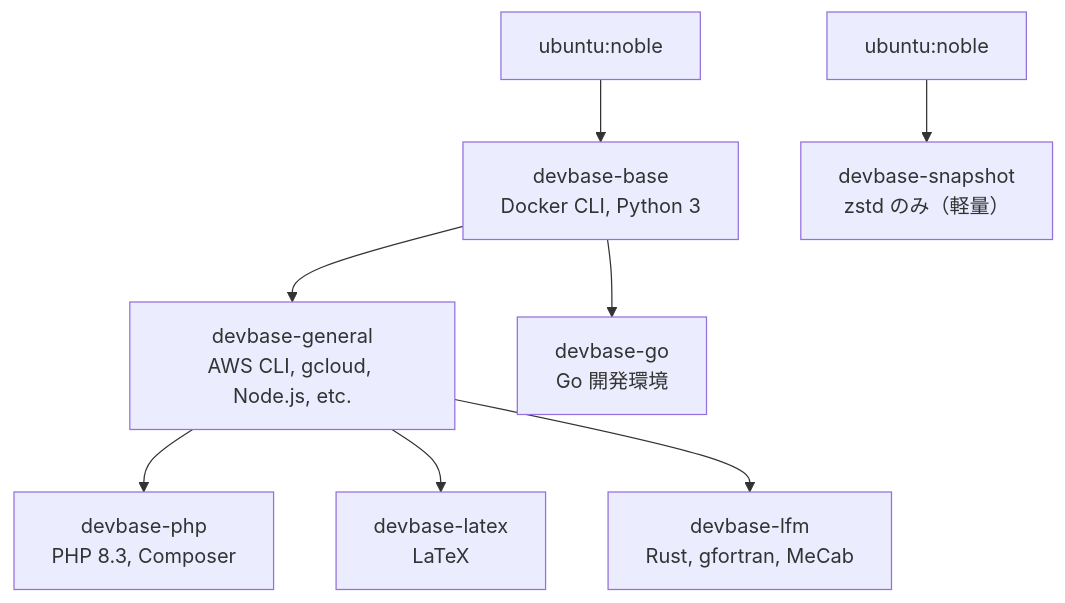
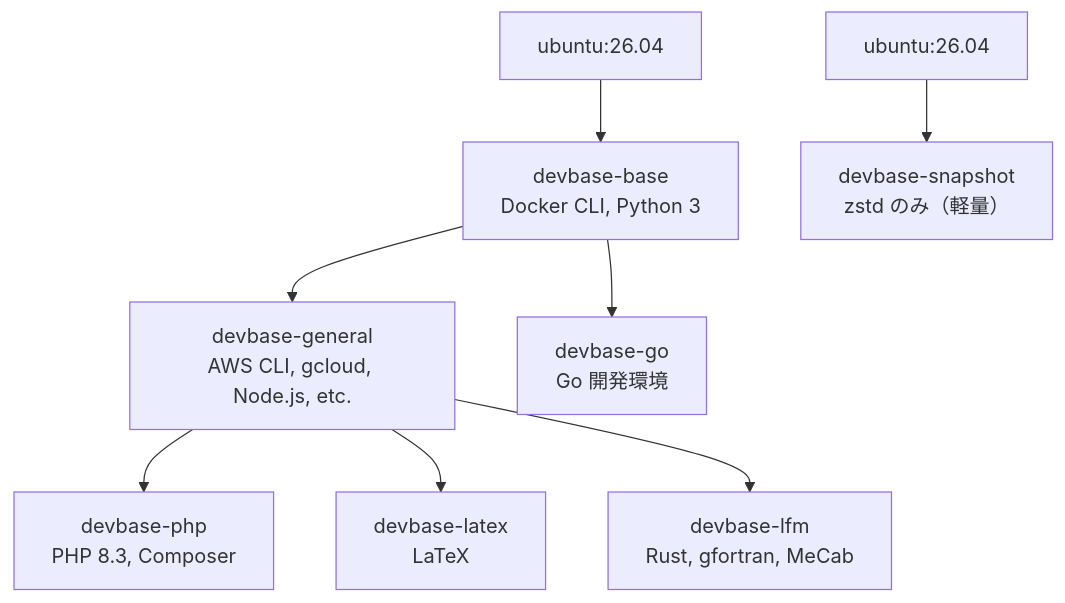
The second of 2 diagrams in docs/developer/extending.md (devbasex/devbase), drawn with Mermaid before and after one commit. The commit also changed other lines of this file and 5 other files, not shown here.

````diff
--- a/docs/developer/extending.md
+++ b/docs/developer/extending.md
@@ -242,11 +242,11 @@
 ```mermaid
 flowchart TB
-    Ubuntu["ubuntu:noble"] --> Base["devbase-base<br/>Docker CLI, Python 3"]
+    Ubuntu["ubuntu:26.04"] --> Base["devbase-base<br/>Docker CLI, Python 3"]
     Base --> General["devbase-general<br/>AWS CLI, gcloud, Node.js, etc."]
     Base --> Go["devbase-go<br/>Go 開発環境"]
     General --> PHP["devbase-php<br/>PHP 8.3, Composer"]
     General --> LaTeX["devbase-latex<br/>LaTeX"]
     General --> LFM["devbase-lfm<br/>Rust, gfortran, MeCab"]
 
-    Ubuntu2["ubuntu:noble"] --> Snapshot["devbase-snapshot<br/>zstd のみ（軽量）"]
+    Ubuntu2["ubuntu:26.04"] --> Snapshot["devbase-snapshot<br/>zstd のみ（軽量）"]
 ```
````
